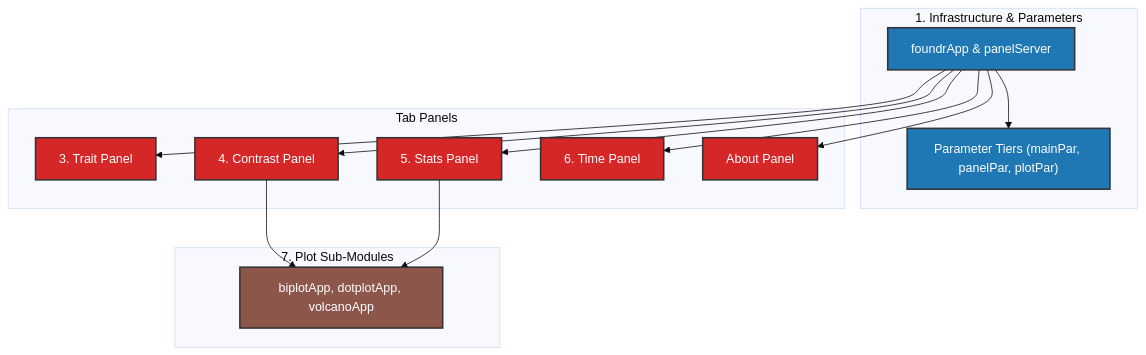
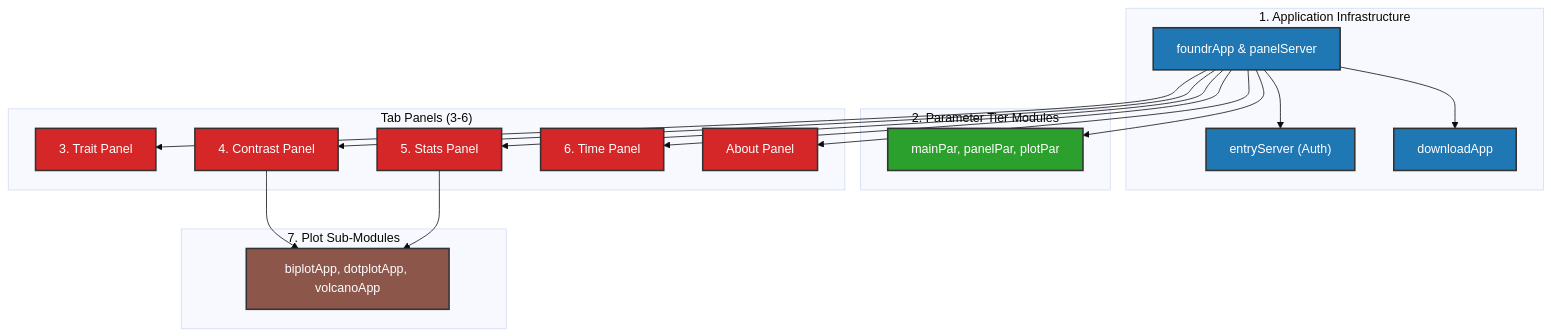
The first of 6 diagrams in vignettes/devel_guide/modules.Rmd (byandell-sysgen/foundrShiny), drawn with Mermaid (base theme) before and after one commit. The commit also changed other lines of this file and 1 other file, not shown here.

Commit message:
update mermaids to follow module flow

````diff
--- a/vignettes/devel_guide/modules.Rmd
+++ b/vignettes/devel_guide/modules.Rmd
@@ -43,37 +43,46 @@
 ```mermaid
 flowchart TD
-    subgraph Infrastructure["1. Infrastructure & Parameters"]
+    subgraph Infra["1. Application Infrastructure"]
         app["foundrApp & panelServer"]
-        params["Parameter Tiers (mainPar, panelPar, plotPar)"]
+        entry["entryServer (Auth)"]
+        download["downloadApp"]
     end
 
-    subgraph Panels["Tab Panels"]
+    subgraph Params["2. Parameter Tier Modules"]
+        params["mainPar, panelPar, plotPar"]
+    end
+
+    subgraph Panels["Tab Panels (3-6)"]
         trait["3. Trait Panel"]
         contrast["4. Contrast Panel"]
         stats["5. Stats Panel"]
         time["6. Time Panel"]
         about["About Panel"]
     end
 
     subgraph Plots["7. Plot Sub-Modules"]
         plotMods["biplotApp, dotplotApp, volcanoApp"]
     end
 
+    app --> entry
     app --> params
     app --> trait
     app --> contrast
     app --> stats
     app --> time
     app --> about
+    app --> download
 
     contrast --> plotMods
     stats --> plotMods
 
     classDef infra fill:#1f77b4,stroke:#333,stroke-width:2px,color:#fff
+    classDef param fill:#2ca02c,stroke:#333,stroke-width:2px,color:#fff
     classDef panel fill:#d62728,stroke:#333,stroke-width:2px,color:#fff
     classDef plot fill:#8c564b,stroke:#333,stroke-width:2px,color:#fff
 
-    class app,params infra
+    class app,entry,download infra
+    class params param
     class trait,contrast,stats,time,about panel
     class plotMods plot
 ```
````
